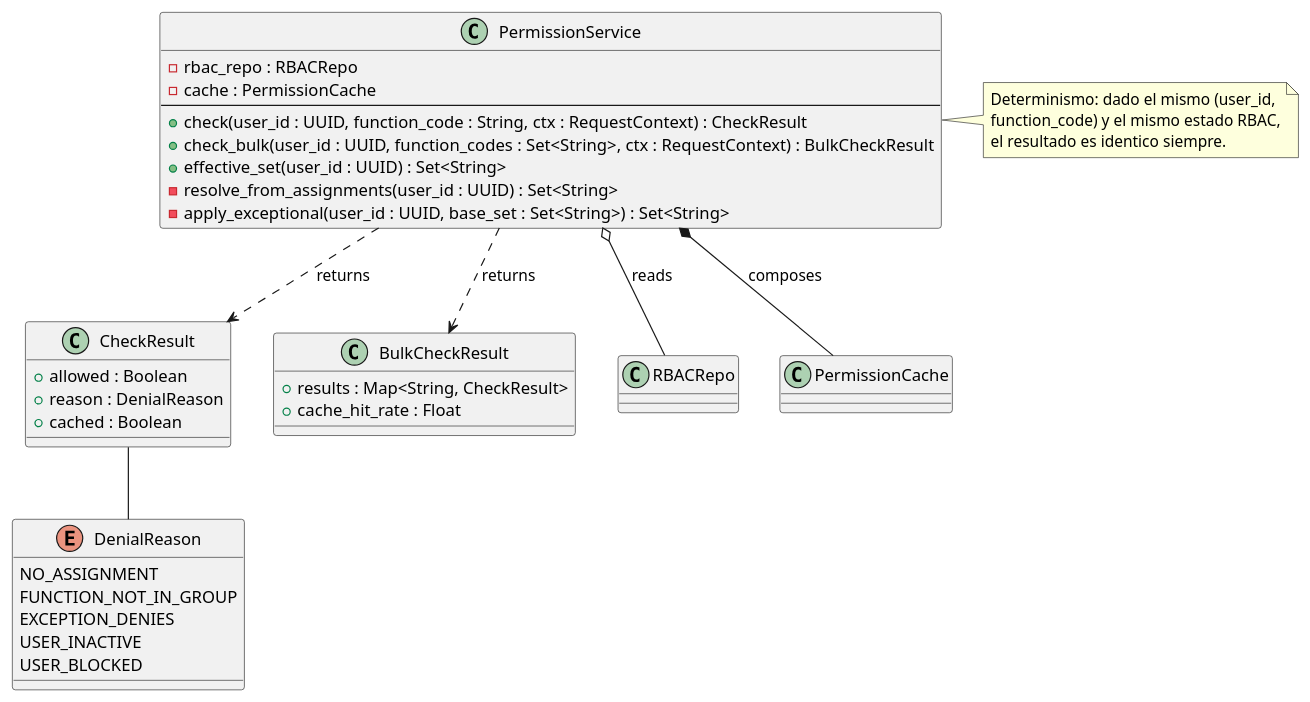
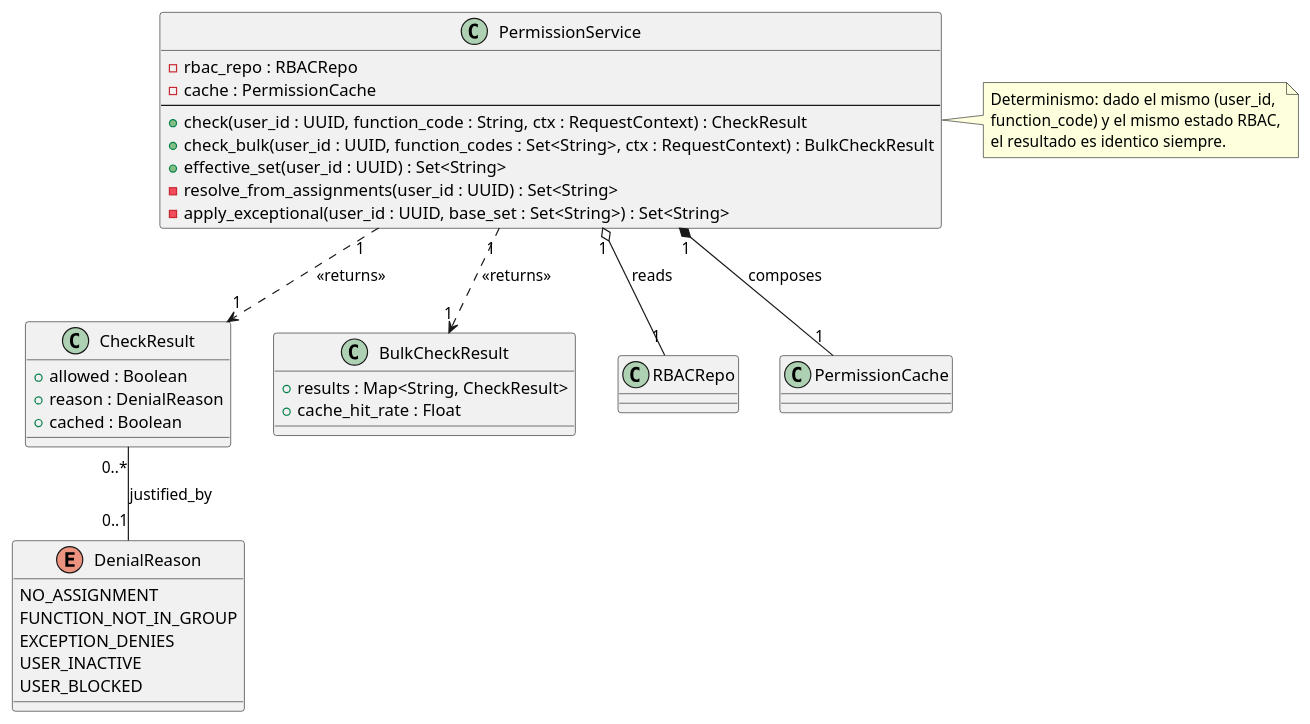
One commit to jcg-admin/IACT-docs changed the diagram in source/arquitectura-tecnica/domain-model/permission-service.rst. Above: the diagram before and after it, drawn with PlantUML. The commit also changed 27 other files, not shown here.

First line of the commit message:
Apply UML rigor pass batch 2: Audit + Alerts + RBAC repos

```diff
--- a/source/arquitectura-tecnica/domain-model/permission-service.rst
+++ b/source/arquitectura-tecnica/domain-model/permission-service.rst
@@ -39,52 +39,52 @@
 .. uml::
  :caption: Clase PermissionService — verificación
            determinística de permisos RBAC con cache.
 
  @startuml
 
  class PermissionService {
    - rbac_repo : RBACRepo
    - cache : PermissionCache
    --
    + check(user_id : UUID, function_code : String, ctx : RequestContext) : CheckResult
    + check_bulk(user_id : UUID, function_codes : Set<String>, ctx : RequestContext) : BulkCheckResult
    + effective_set(user_id : UUID) : Set<String>
    - resolve_from_assignments(user_id : UUID) : Set<String>
    - apply_exceptional(user_id : UUID, base_set : Set<String>) : Set<String>
  }
 
  class CheckResult {
    + allowed : Boolean
    + reason : DenialReason
    + cached : Boolean
  }
 
  class BulkCheckResult {
    + results : Map<String, CheckResult>
    + cache_hit_rate : Float
  }
 
  enum DenialReason {
    NO_ASSIGNMENT
    FUNCTION_NOT_IN_GROUP
    EXCEPTION_DENIES
    USER_INACTIVE
    USER_BLOCKED
  }
 
  class RBACRepo
  class PermissionCache
 
- PermissionService o-- RBACRepo : reads
- PermissionService *-- PermissionCache : composes
- PermissionService ..> CheckResult : returns
- PermissionService ..> BulkCheckResult : returns
- CheckResult -- DenialReason
+ PermissionService "1" o-- "1" RBACRepo : reads
+ PermissionService "1" *-- "1" PermissionCache : composes
+ PermissionService "1" ..> "1" CheckResult : <<returns>>
+ PermissionService "1" ..> "1" BulkCheckResult : <<returns>>
+ CheckResult "0..*" -- "0..1" DenialReason : justified_by
 
  note right of PermissionService
    Determinismo: dado el mismo (user_id,
    function_code) y el mismo estado RBAC,
    el resultado es identico siempre.
  end note
 
  @enduml
```
